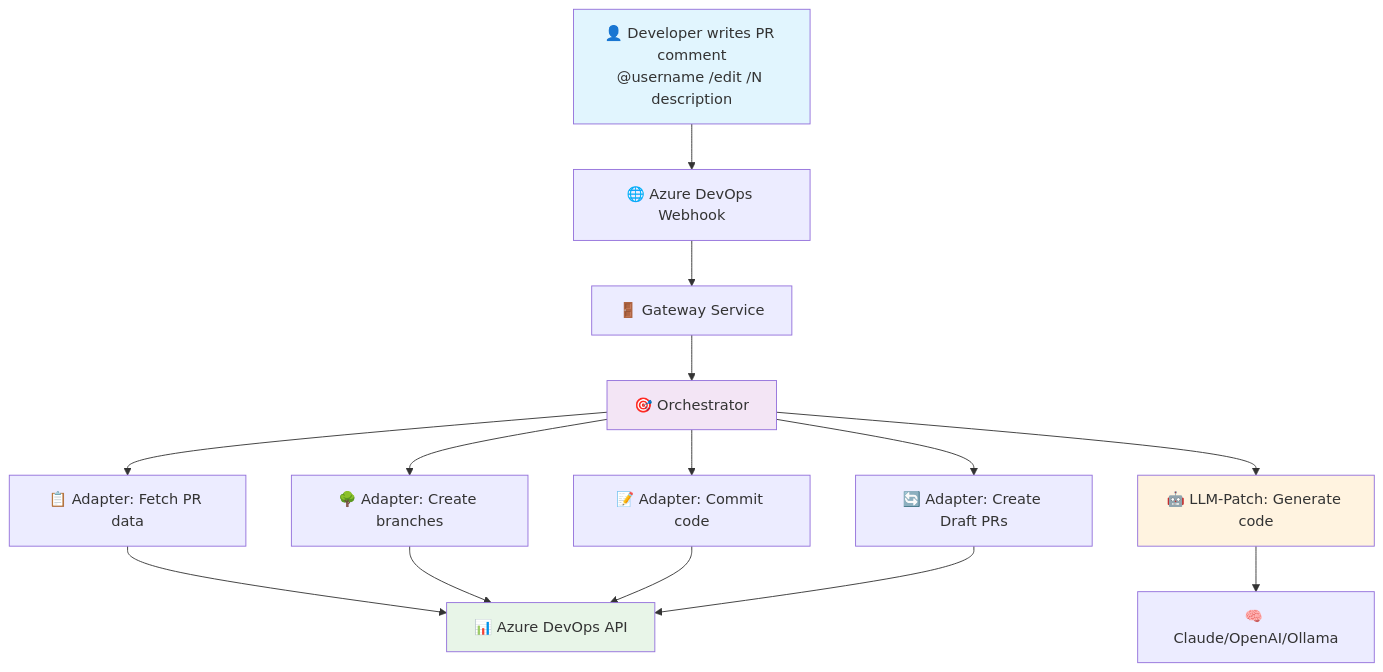
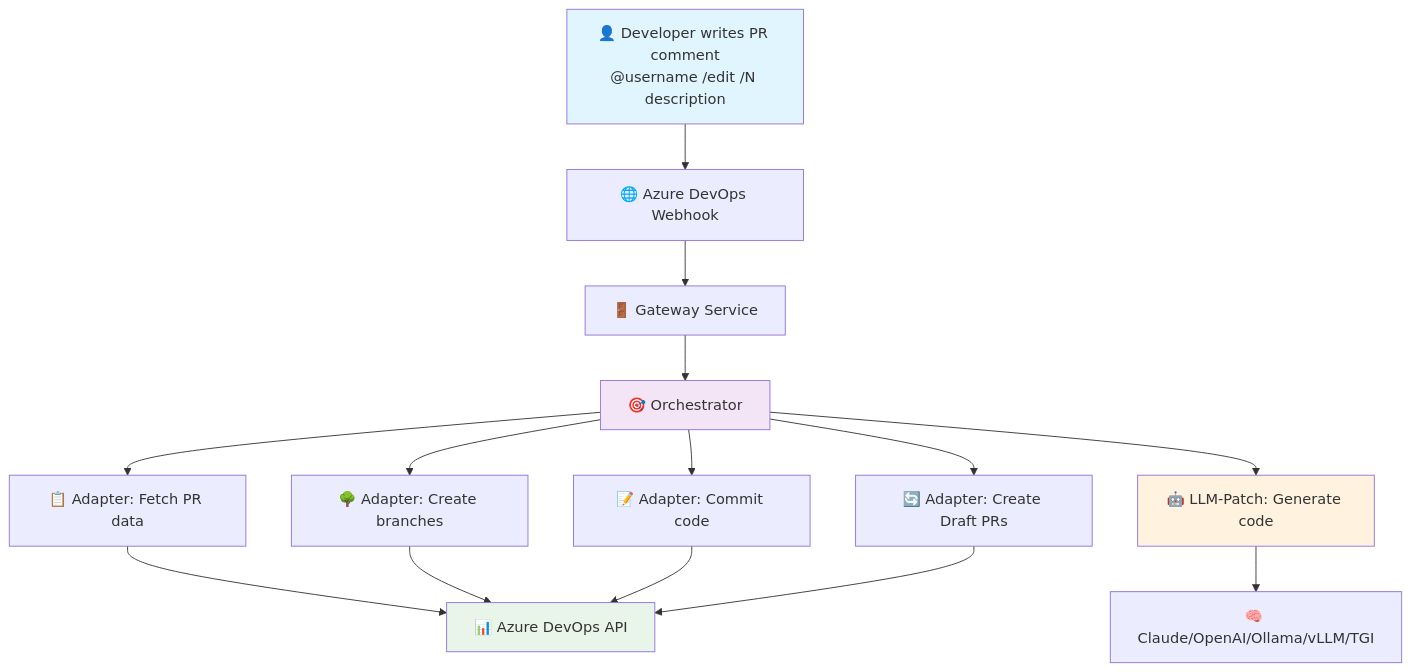
Before and after one commit to ADASK-B/ai-code-agent: the first of 2 diagrams in README.md, drawn with Mermaid. The commit also changed other lines of this file, not shown here.

Commit message:
refactor: Update README with user-friendly examples and enhance LLM infrastructure details

````diff
--- a/README.md
+++ b/README.md
@@ -29,23 +29,23 @@
 ```mermaid
 graph TB
     A[👤 Developer writes PR comment<br/>@username /edit /N description] --> B[🌐 Azure DevOps Webhook]
     B --> C[🚪 Gateway Service]
     C --> D[🎯 Orchestrator]
     
     D --> E[📋 Adapter: Fetch PR data]
     D --> F[🤖 LLM-Patch: Generate code]
     D --> G[🌳 Adapter: Create branches]
     D --> H[📝 Adapter: Commit code]
     D --> I[🔄 Adapter: Create Draft PRs]
     
     E --> J[📊 Azure DevOps API]
-    F --> K[🧠 Claude/OpenAI/Ollama]
+    F --> K[🧠 Claude/OpenAI/Ollama/vLLM/TGI]
     G --> J
     H --> J
     I --> J
     
     style A fill:#e1f5fe
     style D fill:#f3e5f5
     style F fill:#fff3e0
     style J fill:#e8f5e8
 ```
````
